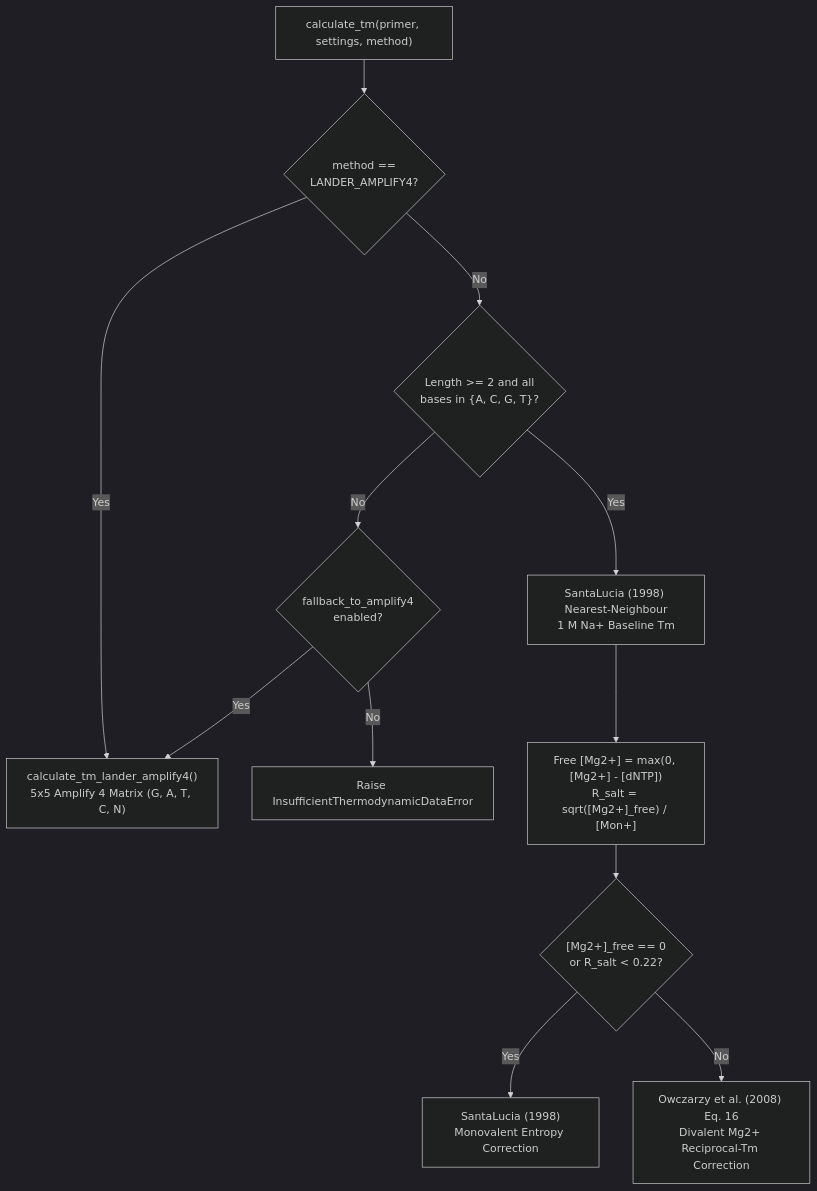
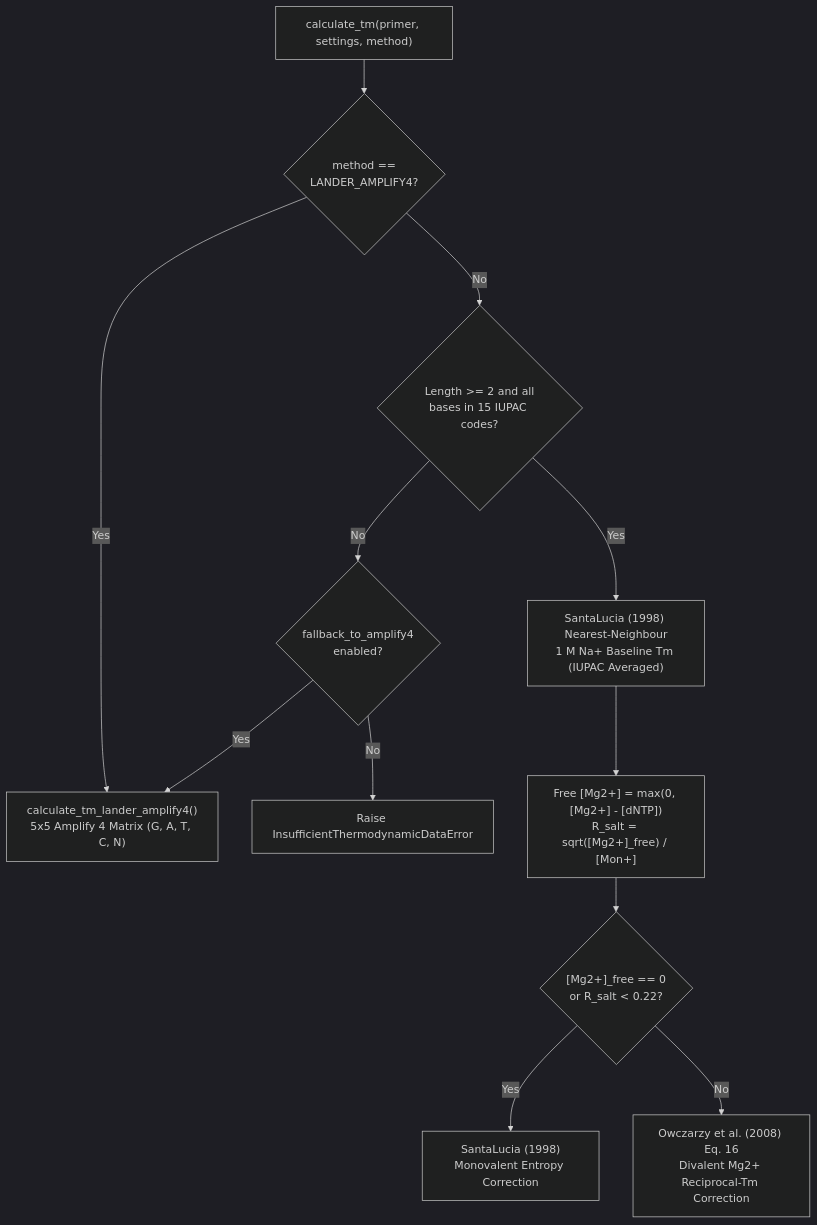
One commit to fangfufu/AmplifyP changed the second of 2 diagrams in docs/algorithms.md. Above: the diagram before and after it, drawn with Mermaid (dark theme). The commit also changed other lines of this file and 5 other files, not shown here.

````diff
--- a/docs/algorithms.md
+++ b/docs/algorithms.md
@@ -647,14 +647,14 @@
 ```mermaid
 flowchart TD
     Start["calculate_tm(primer, settings, method)"] --> CheckMethod{"method ==<br/>LANDER_AMPLIFY4?"}
     CheckMethod -- Yes --> Amp4["calculate_tm_lander_amplify4()<br/>5x5 Amplify 4 Matrix (G, A, T, C, N)"]
-    CheckMethod -- No --> CheckBases{"Length >= 2 and all<br/>bases in {A, C, G, T}?"}
+    CheckMethod -- No --> CheckBases{"Length >= 2 and all<br/>bases in 15 IUPAC codes?"}
     CheckBases -- No --> Fallback{"fallback_to_amplify4<br/>enabled?"}
     Fallback -- Yes --> Amp4
     Fallback -- No --> Err["Raise InsufficientThermodynamicDataError"]
-    CheckBases -- Yes --> SL["SantaLucia (1998) Nearest-Neighbour<br/>1 M Na+ Baseline Tm"]
+    CheckBases -- Yes --> SL["SantaLucia (1998) Nearest-Neighbour<br/>1 M Na+ Baseline Tm (IUPAC Averaged)"]
     SL --> Salt["Free [Mg2+] = max(0, [Mg2+] - [dNTP])<br/>R_salt = sqrt([Mg2+]_free) / [Mon+]"]
     Salt --> Regime{"[Mg2+]_free == 0<br/>or R_salt < 0.22?"}
     Regime -- Yes --> Mono["SantaLucia (1998)<br/>Monovalent Entropy Correction"]
     Regime -- No --> Mg["Owczarzy et al. (2008) Eq. 16<br/>Divalent Mg2+ Reciprocal-Tm Correction"]
 ```
````
